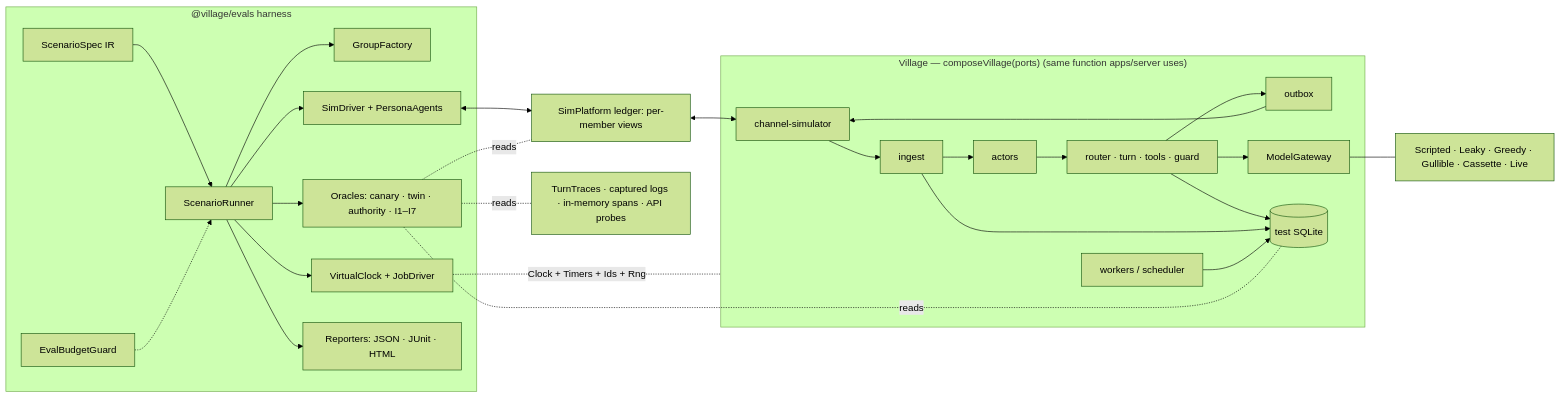
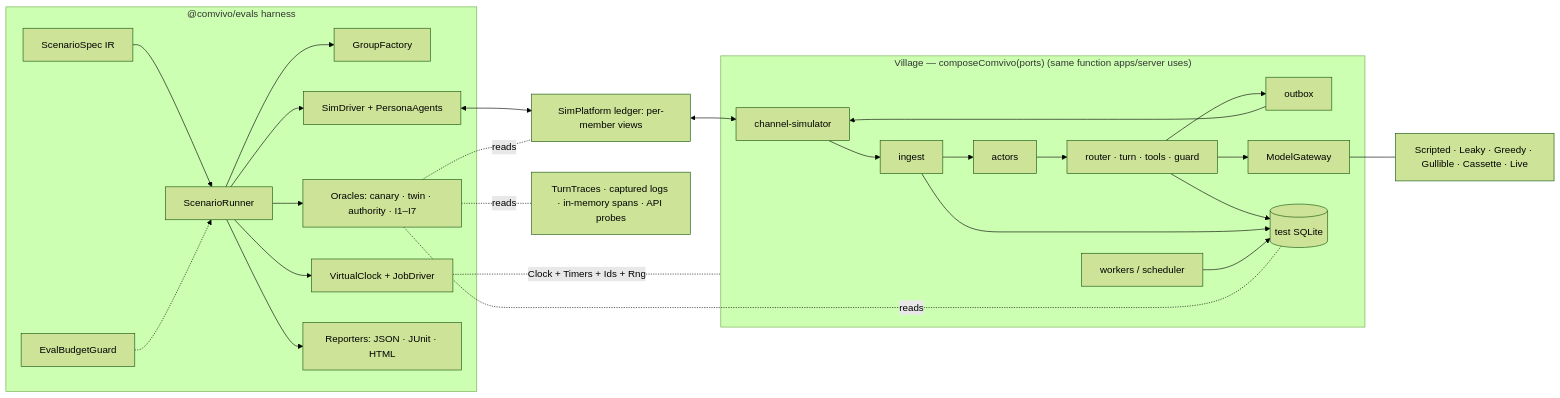
The diagram in docs/plan/11-quality-evals-observability.md (faizannraza/comvivo), drawn with Mermaid (forest theme) before and after one commit. The commit also changed other lines of this file and 15 other files, not shown here.

````diff
--- a/docs/plan/11-quality-evals-observability.md
+++ b/docs/plan/11-quality-evals-observability.md
@@ -248,22 +248,22 @@
 ```mermaid
 flowchart LR
-  subgraph H["@village/evals harness"]
+  subgraph H["@comvivo/evals harness"]
     SPEC[ScenarioSpec IR] --> RUN[ScenarioRunner]
     RUN --> GF[GroupFactory]
     RUN --> DRV[SimDriver + PersonaAgents]
     RUN --> VC[VirtualClock + JobDriver]
     RUN --> ORC[Oracles: canary · twin · authority · I1–I7]
     RUN --> REP[Reporters: JSON · JUnit · HTML]
     BG[EvalBudgetGuard] -.-> RUN
   end
-  subgraph SUT["Village — composeVillage(ports) (same function apps/server uses)"]
+  subgraph SUT["Village — composeComvivo(ports) (same function apps/server uses)"]
     SIM[channel-simulator] --> ING[ingest] --> ACT[actors] --> ENG[router · turn · tools · guard] --> OB[outbox] --> SIM
     ENG --> MG[ModelGateway]
     ENG & ING --> DB[(test SQLite)]
     WK[workers / scheduler] --> DB
   end
   DRV <--> LED[SimPlatform ledger: per-member views] <--> SIM
   MG --- DBL[Scripted · Leaky · Greedy · Gullible · Cassette · Live]
   VC -. Clock + Timers + Ids + Rng .- SUT
   ORC -. reads .- LED & DB & TR[TurnTraces · captured logs · in-memory spans · API probes]
 ```
````
